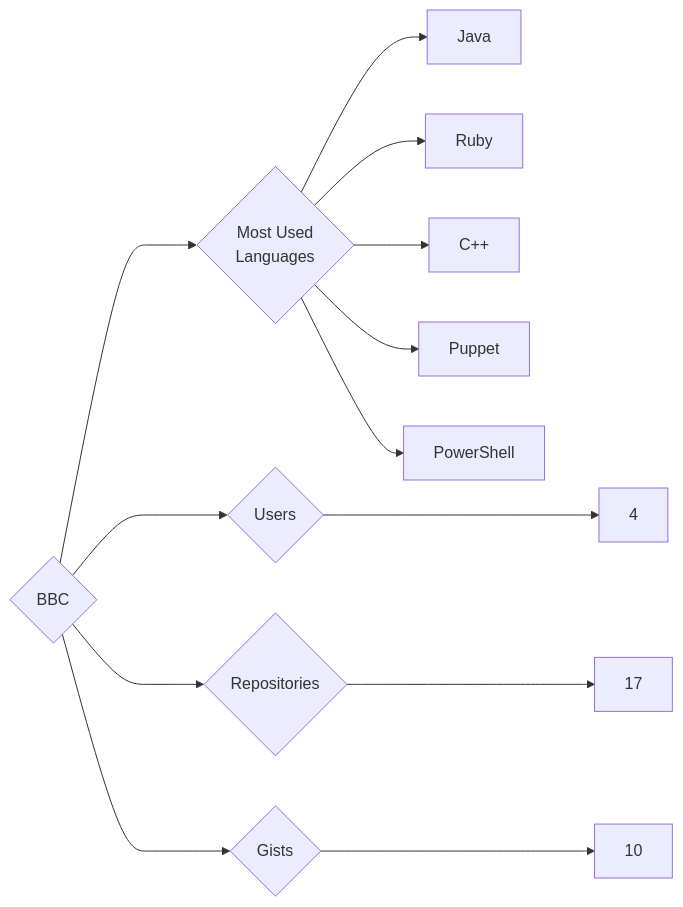
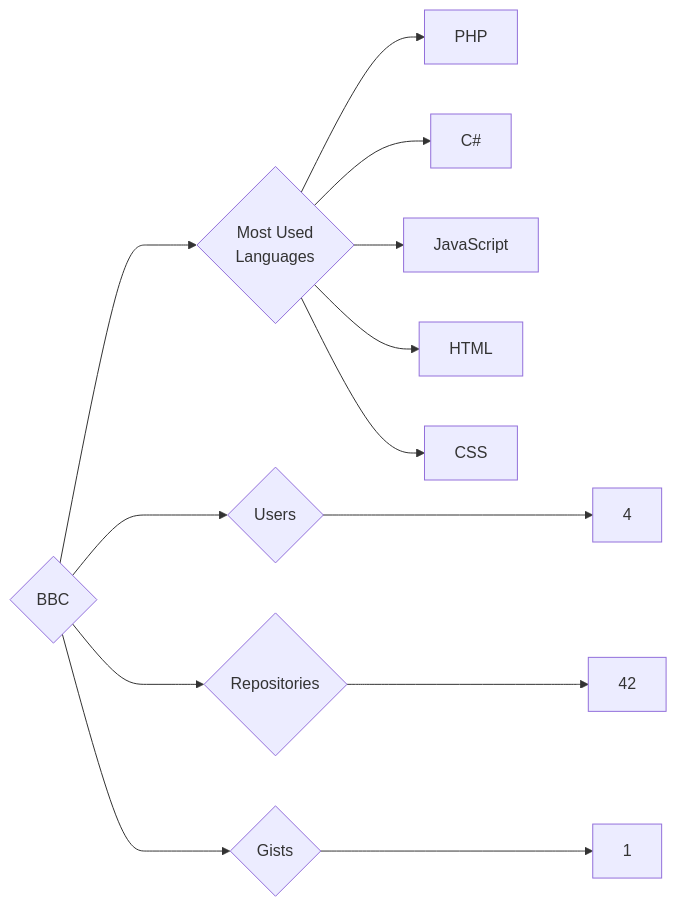
One commit to trickest/insiders changed the diagram in targets/BBC/README.md. Above: the diagram before and after it, drawn with Mermaid. The commit also changed 1149 other files, not shown here.

````diff
--- a/targets/BBC/README.md
+++ b/targets/BBC/README.md
@@ -3,13 +3,13 @@
 ```mermaid
 graph LR
 COMPANY_NAME{BBC}
 COMPANY_NAME ---> U{Users} ---> UN[4]
-COMPANY_NAME ---> R{Repositories} ---> RN[17]
-COMPANY_NAME ---> G{Gists} ---> GN[10]
+COMPANY_NAME ---> R{Repositories} ---> RN[42]
+COMPANY_NAME ---> G{Gists} ---> GN[1]
 COMPANY_NAME ---> ML{Most Used<br>Languages}
-ML --> Java[Java]
-ML --> Ruby[Ruby]
-ML --> C++[C++]
-ML --> Puppet[Puppet]
-ML --> PowerShell[PowerShell]
+ML --> PHP[PHP]
+ML --> C#[C#]
+ML --> JavaScript[JavaScript]
+ML --> HTML[HTML]
+ML --> CSS[CSS]
 ```
````
